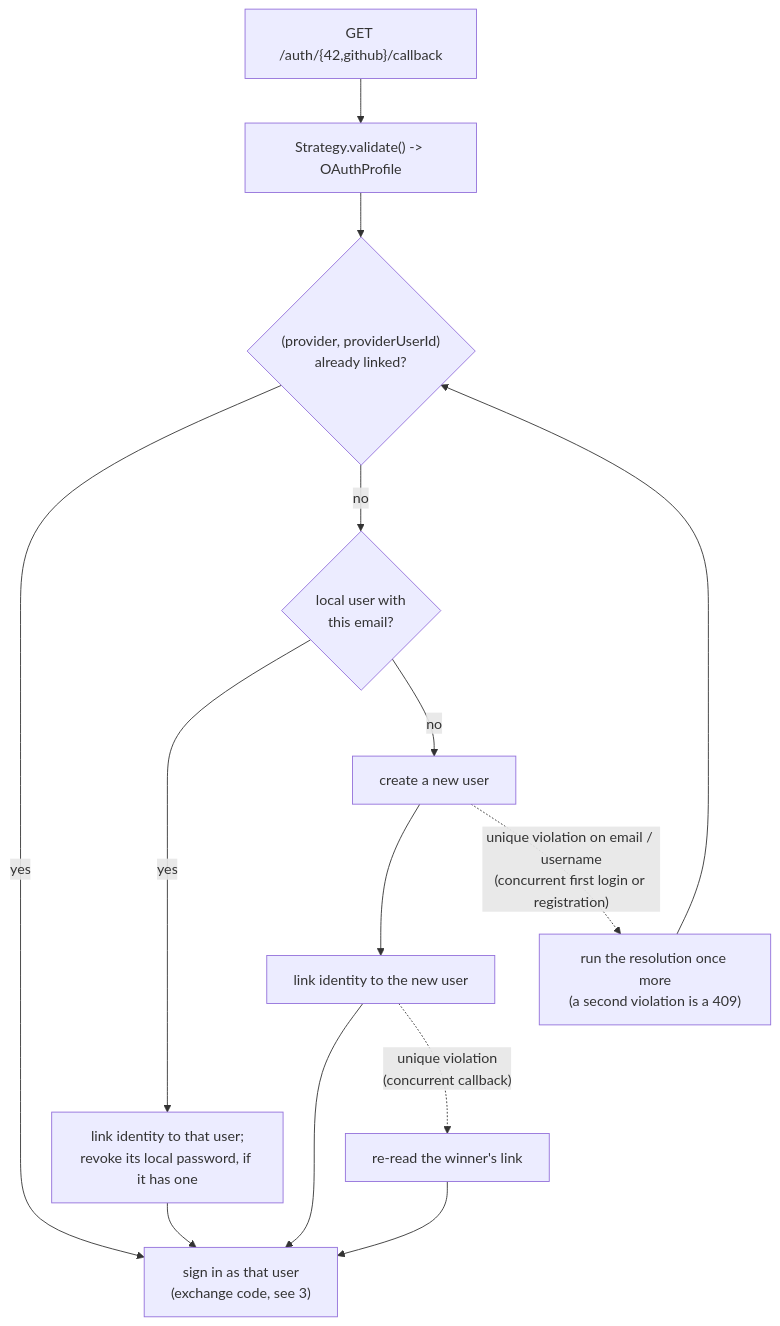
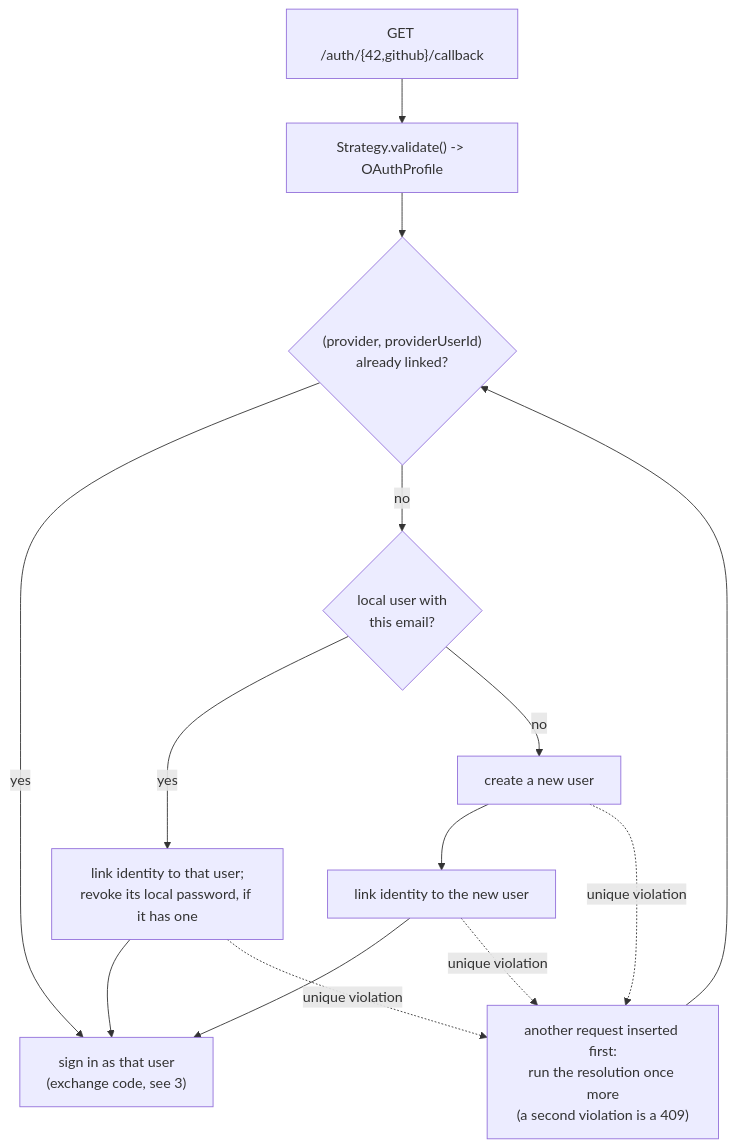
One commit to kidp8479/42_hypertube changed the fifth of 8 diagrams in docs/diagrams/auth.md. Above: the diagram before and after it, drawn with Mermaid. The commit also changed 8 other files, not shown here.

````diff
--- a/docs/diagrams/auth.md
+++ b/docs/diagrams/auth.md
@@ -126,16 +126,14 @@
 ```mermaid
 flowchart TD
     A["GET /auth/{42,github}/callback"] --> B["Strategy.validate() -> OAuthProfile"]
     B --> C{"(provider, providerUserId)<br/>already linked?"}
     C -- yes --> L["sign in as that user<br/>(exchange code, see 3)"]
     C -- no --> E{"local user with<br/>this email?"}
     E -- yes --> G["link identity to that user;<br/>revoke its local password, if it has one"]
     E -- no --> F["create a new user"]
     F --> H["link identity to the new user"]
     G --> L
     H --> L
-    H -. "unique violation<br/>(concurrent callback)" .-> R["re-read the winner's link"]
-    R --> L
-    F -. "unique violation on email / username<br/>(concurrent first login or registration)" .-> C2["run the resolution once more<br/>(a second violation is a 409)"]
+    F & G & H -. "unique violation" .-> C2["another request inserted first:<br/>run the resolution once more<br/>(a second violation is a 409)"]
     C2 --> C
 ```
````
